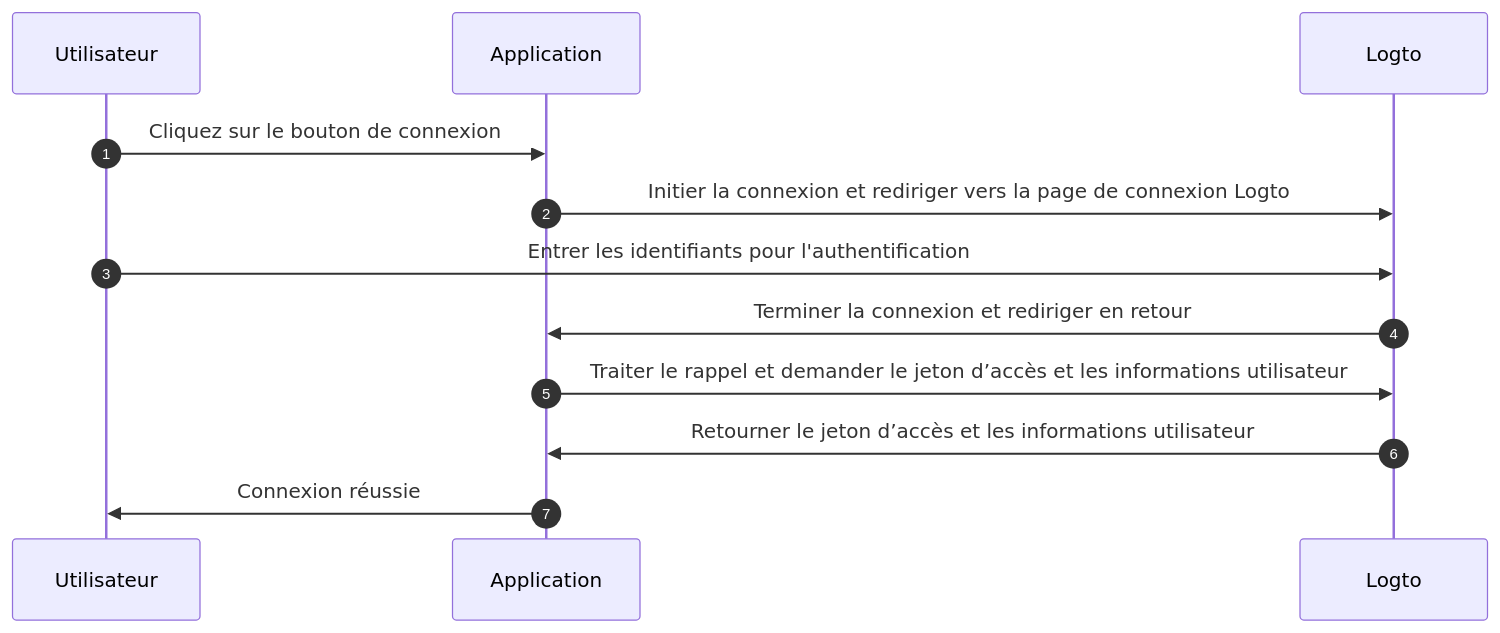
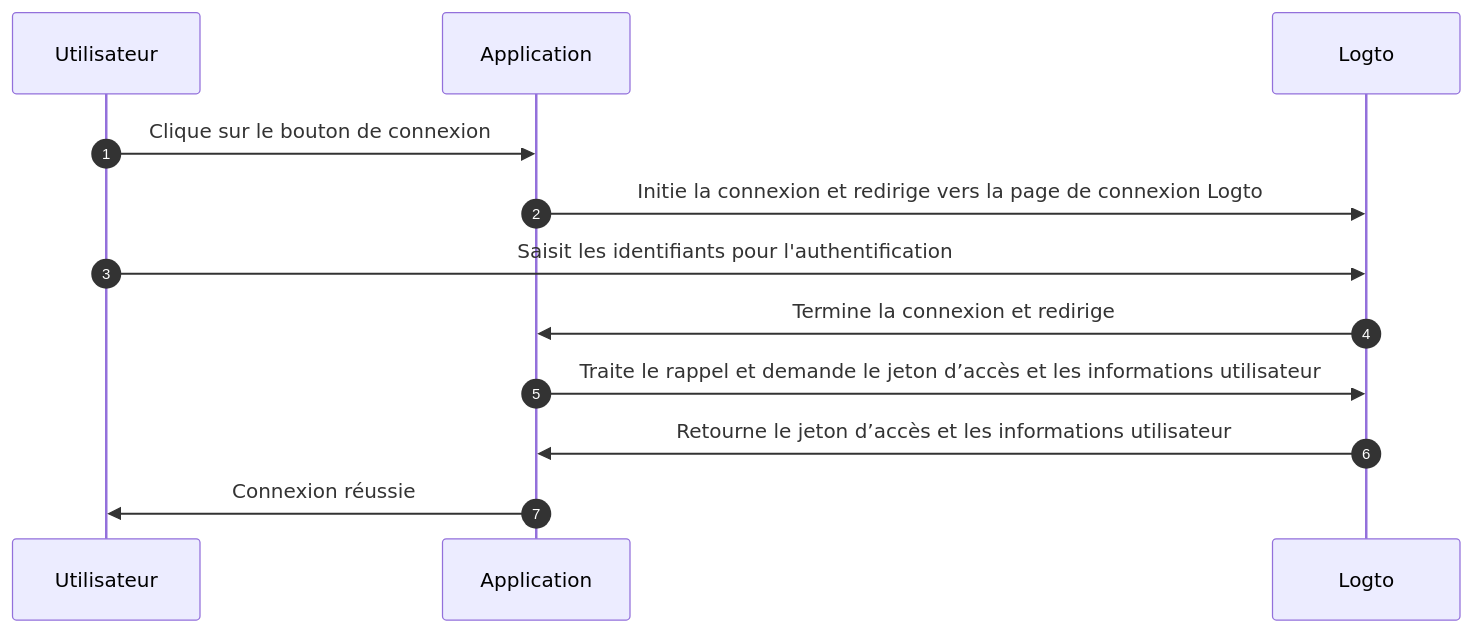
The first of 2 diagrams in i18n/fr/docusaurus-plugin-content-docs/current/integrate-logto/integrate-logto-into-your-application/understand-authentication-flow.mdx (logto-io/docs), drawn with Mermaid before and after one commit. The commit also changed other lines of this file and 428 other files, not shown here.

````diff
--- a/i18n/fr/docusaurus-plugin-content-docs/current/integrate-logto/integrate-logto-into-your-application/understand-authentication-flow.mdx
+++ b/i18n/fr/docusaurus-plugin-content-docs/current/integrate-logto/integrate-logto-into-your-application/understand-authentication-flow.mdx
@@ -9,15 +9,15 @@
 ```mermaid
 sequenceDiagram
     autonumber
     participant Utilisateur
     participant Application
     participant Logto
 
-    Utilisateur->>Application: Cliquez sur le bouton de connexion
-    Application->>Logto: Initier la connexion et rediriger vers la page de connexion Logto
-    Utilisateur->>Logto: Entrer les identifiants pour l'authentification
-    Logto->>Application: Terminer la connexion et rediriger en retour
-    Application->>Logto: Traiter le rappel et demander le jeton d’accès et les informations utilisateur
-    Logto->>Application: Retourner le jeton d’accès et les informations utilisateur
-    Application->>Utilisateur: Connexion réussie
+    Utilisateur->>Application : Clique sur le bouton de connexion
+    Application->>Logto : Initie la connexion et redirige vers la page de connexion Logto
+    Utilisateur->>Logto : Saisit les identifiants pour l'authentification
+    Logto->>Application : Termine la connexion et redirige
+    Application->>Logto : Traite le rappel et demande le jeton d’accès et les informations utilisateur
+    Logto->>Application : Retourne le jeton d’accès et les informations utilisateur
+    Application->>Utilisateur : Connexion réussie
 ```
````
